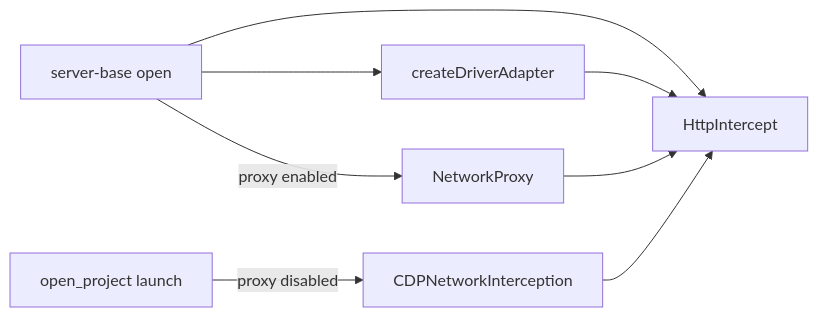
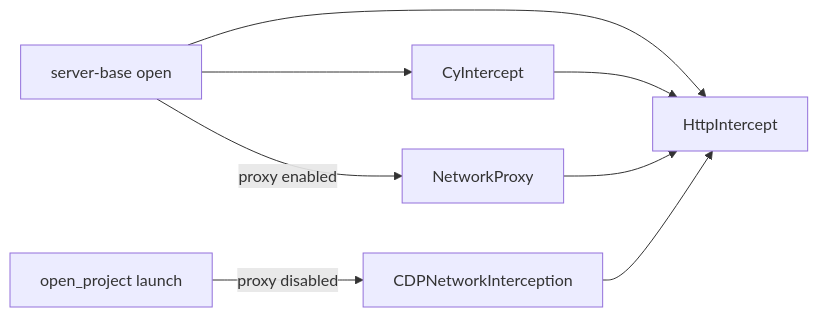
One commit to cypress-io/cypress changed the diagram in packages/server/lib/adapters/README.md. Above: the diagram before and after it, drawn with Mermaid. The commit also changed other lines of this file and 6 other files, not shown here.

````diff
--- a/packages/server/lib/adapters/README.md
+++ b/packages/server/lib/adapters/README.md
@@ -13,15 +13,15 @@
 ```mermaid
 flowchart LR
   OPEN["server-base open"]
   HI[HttpIntercept]
-  DA[createDriverAdapter]
+  CI[CyIntercept]
   NP[NetworkProxy]
   FETCH[CDPNetworkInterception]
   OPEN --> HI
-  OPEN --> DA
-  DA --> HI
+  OPEN --> CI
+  CI --> HI
   OPEN -->|proxy enabled| NP
   NP --> HI
   OP["open_project launch"] -->|proxy disabled| FETCH
   FETCH --> HI
 ```
````
